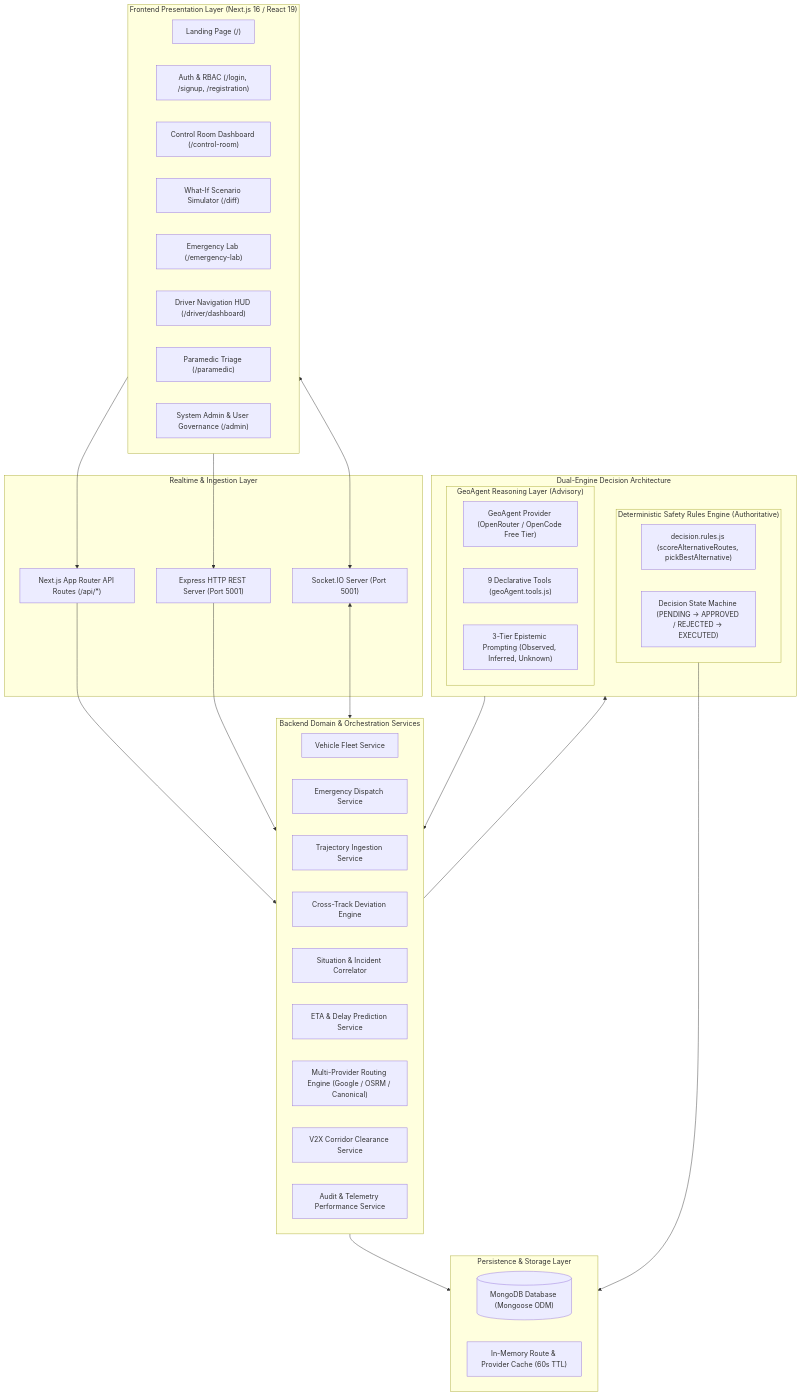
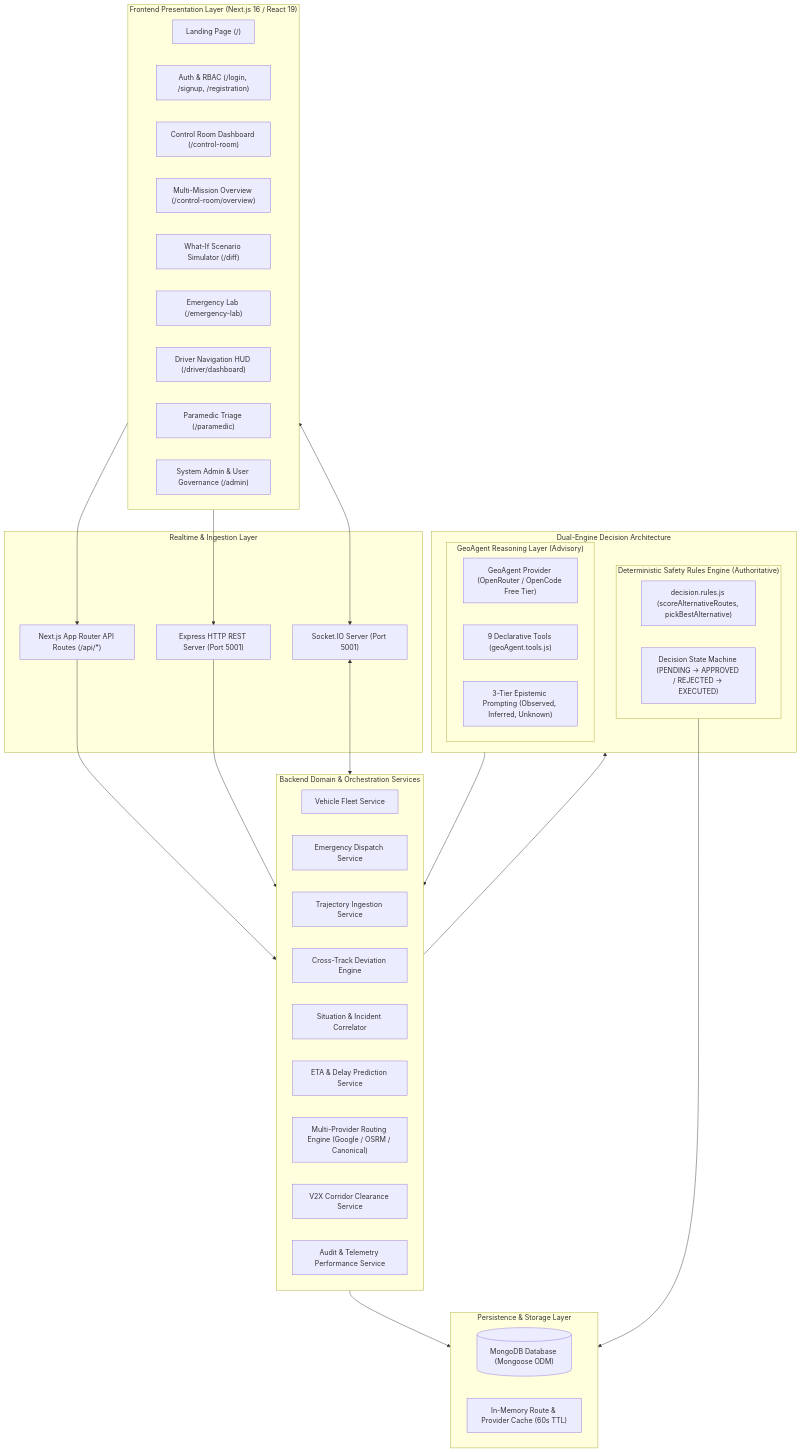
One commit to SwiftCareSC7/geoagent-emegency-project changed the first of 11 diagrams in docs/SWIFTCARE-ARCHITECTURE.md. Above: the diagram before and after it, drawn with Mermaid. The commit also changed other lines of this file and 69 other files, not shown here.

Commit message:
feat(security & architecture): complete RBAC hardening, rate limiting, DB safety, telemetry retention, and technical architecture documentation

````diff
--- a/docs/SWIFTCARE-ARCHITECTURE.md
+++ b/docs/SWIFTCARE-ARCHITECTURE.md
@@ -11,62 +11,63 @@
 ```mermaid
 graph TB
     subgraph ClientLayer["Frontend Presentation Layer (Next.js 16 / React 19)"]
         Landing["Landing Page (/)"]
         AuthUI["Auth & RBAC (/login, /signup, /registration)"]
         ControlRoom["Control Room Dashboard (/control-room)"]
+        ControlRoomOverview["Multi-Mission Overview (/control-room/overview)"]
         DiffSim["What-If Scenario Simulator (/diff)"]
         EmergencyLab["Emergency Lab (/emergency-lab)"]
         DriverHUD["Driver Navigation HUD (/driver/dashboard)"]
         ParamedicUI["Paramedic Triage (/paramedic)"]
         AdminConsole["System Admin & User Governance (/admin)"]
     end
 
     subgraph TransportLayer["Realtime & Ingestion Layer"]
         SocketServer["Socket.IO Server (Port 5001)"]
         HttpServer["Express HTTP REST Server (Port 5001)"]
         NextApiRouter["Next.js App Router API Routes (/api/*)"]
     end
 
     subgraph DomainServices["Backend Domain & Orchestration Services"]
         VehicleService["Vehicle Fleet Service"]
         EmergencyService["Emergency Dispatch Service"]
         TrajectoryService["Trajectory Ingestion Service"]
         DeviationService["Cross-Track Deviation Engine"]
         AnalysisService["Situation & Incident Correlator"]
         PredictionService["ETA & Delay Prediction Service"]
         RoutingService["Multi-Provider Routing Engine (Google / OSRM / Canonical)"]
         ClearanceService["V2X Corridor Clearance Service"]
         AdminService["Audit & Telemetry Performance Service"]
     end
 
     subgraph IntelligenceLayer["Dual-Engine Decision Architecture"]
         subgraph DeterministicEngine["Deterministic Safety Rules Engine (Authoritative)"]
             DecisionRules["decision.rules.js (scoreAlternativeRoutes, pickBestAlternative)"]
             StateFSM["Decision State Machine (PENDING -> APPROVED / REJECTED -> EXECUTED)"]
         end
 
         subgraph GenerativeAgent["GeoAgent Reasoning Layer (Advisory)"]
             GeoAgentClient["GeoAgent Provider (OpenRouter / OpenCode Free Tier)"]
             AgentTools["9 Declarative Tools (geoAgent.tools.js)"]
             EpistemicPrompt["3-Tier Epistemic Prompting (Observed, Inferred, Unknown)"]
         end
     end
 
     subgraph DataStore["Persistence & Storage Layer"]
         MongoDb[("MongoDB Database (Mongoose ODM)")]
         InMemCache["In-Memory Route & Provider Cache (60s TTL)"]
     end
 
     ClientLayer --> NextApiRouter
     ClientLayer --> HttpServer
     ClientLayer <--> SocketServer
 
     NextApiRouter --> DomainServices
     HttpServer --> DomainServices
     SocketServer <--> DomainServices
 
     DomainServices --> IntelligenceLayer
     IntelligenceLayer --> DomainServices
     DomainServices --> DataStore
     DeterministicEngine --> DataStore
 ```
````
